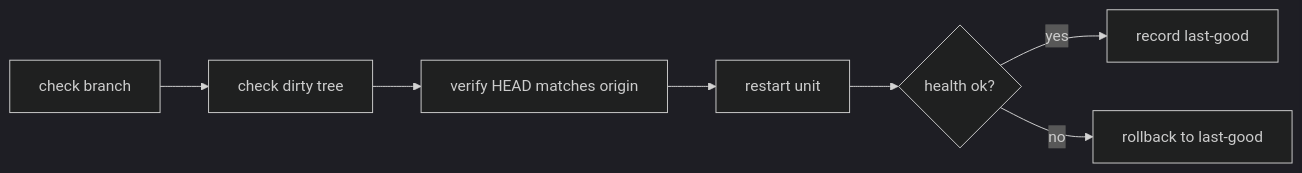
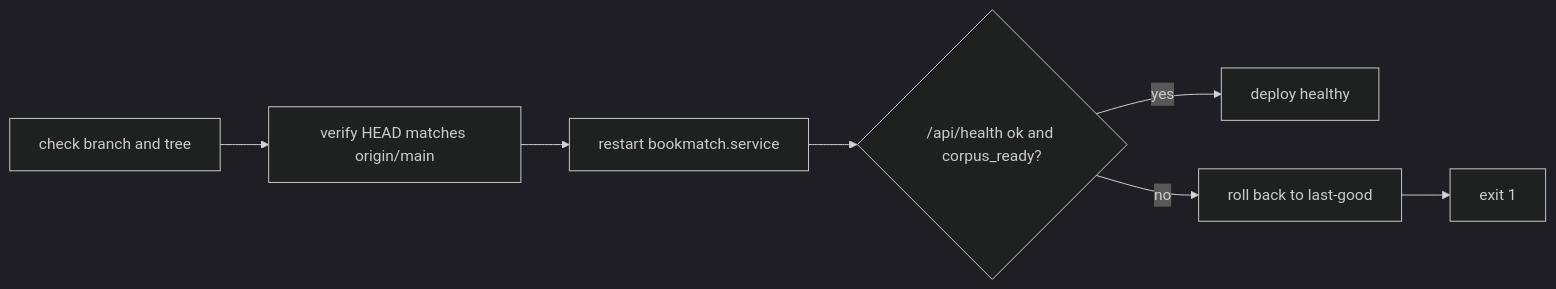
Before and after one commit to cptntrps/bookmatch: the fourth of 4 diagrams in docs/3_WORKFLOWS.md, drawn with Mermaid (dark theme). The commit also changed other lines of this file and 5 other files, not shown here.

````diff
--- a/docs/3_WORKFLOWS.md
+++ b/docs/3_WORKFLOWS.md
@@ -105,9 +112,9 @@
 ```mermaid
 graph LR
-    A[check branch] --> B[check dirty tree]
-    B --> C[verify HEAD matches origin]
-    C --> D[restart unit]
-    D --> E{health ok?}
-    E -->|yes| F[record last-good]
-    E -->|no| G[rollback to last-good]
+    A[check branch and tree] --> B[verify HEAD matches origin/main]
+    B --> C[restart bookmatch.service]
+    C --> D{/api/health ok and corpus_ready?}
+    D -- yes --> E[deploy healthy]
+    D -- no --> F[roll back to last-good]
+    F --> G[exit 1]
 ```
````
